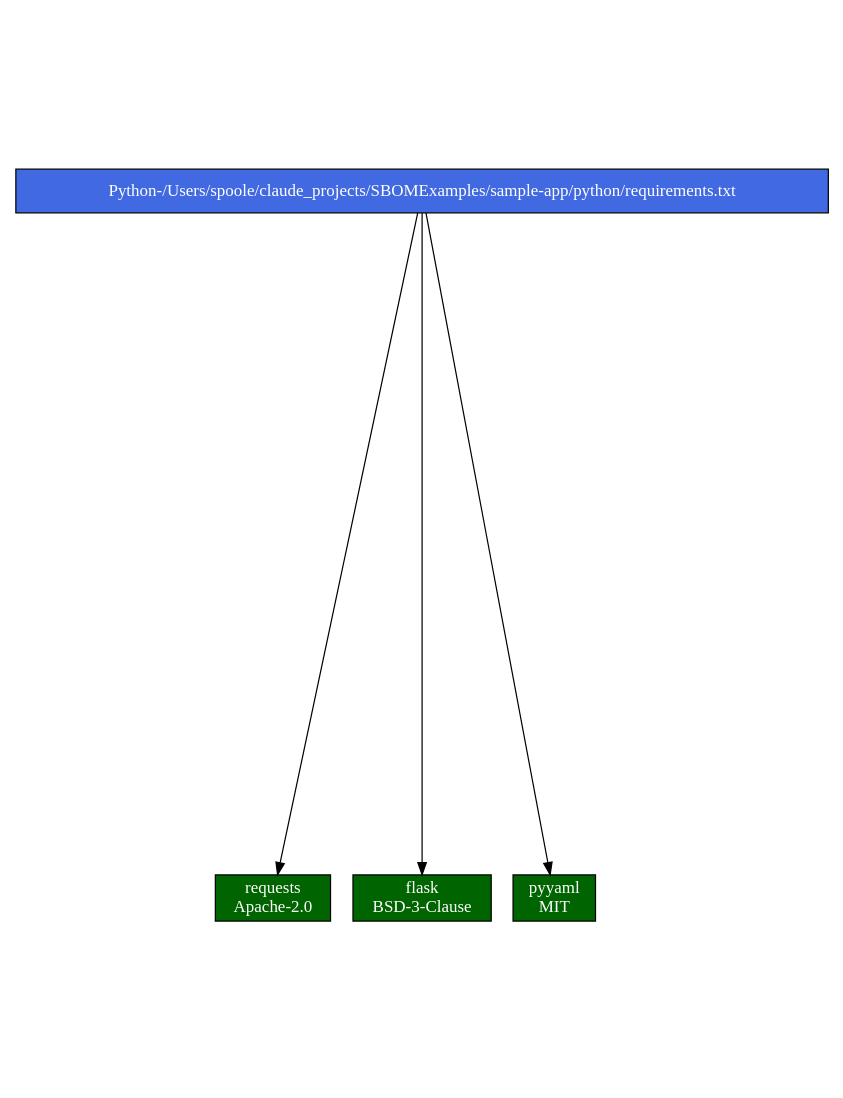
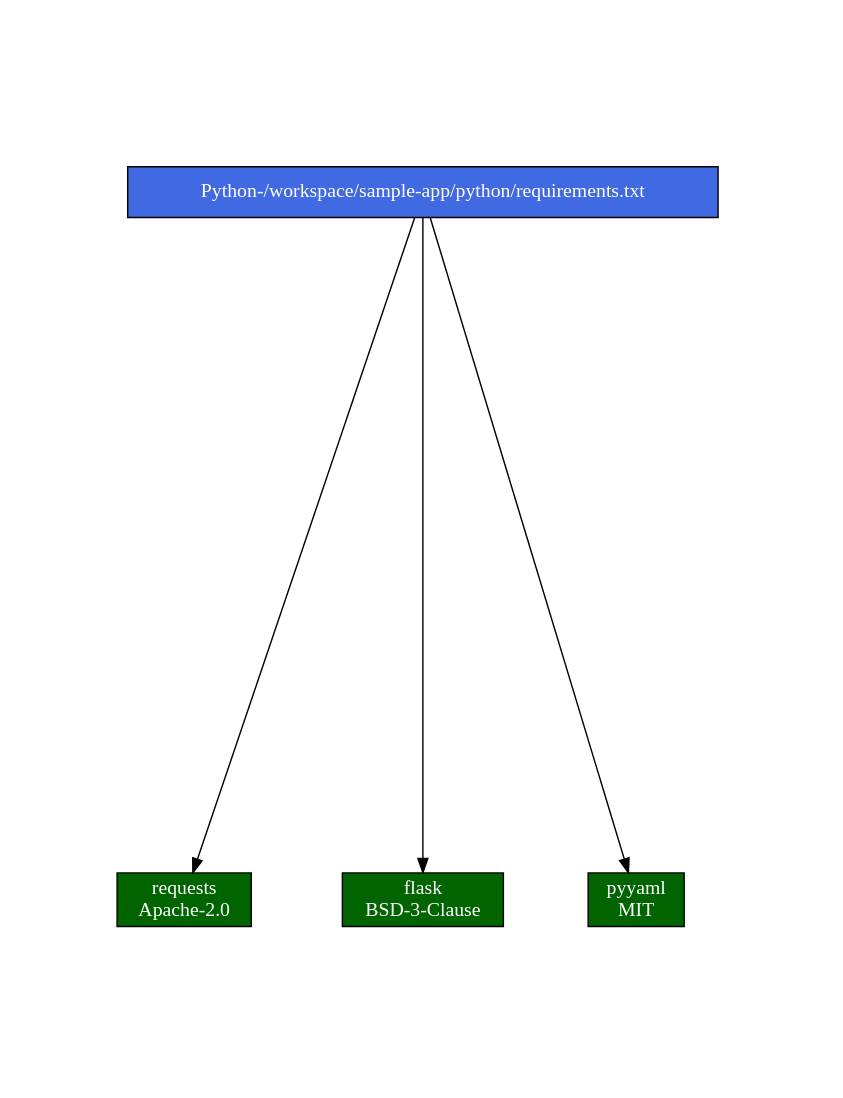
One commit to noregressions/SBOM-Generator-Benchmark changed the diagram in tools/sbom4python/output/python-deps.dot. Above: the diagram before and after it, drawn with Graphviz. The commit also changed 62 other files, not shown here.

```diff
--- a/tools/sbom4python/output/python-deps.dot
+++ b/tools/sbom4python/output/python-deps.dot
@@ -1,13 +1,13 @@
 strict digraph sbom {
 	size="8,10.5"; ratio=fill;
-	"Python-/Users/spoole/claude_projects/SBOMExamples/sample-app/python/requirements.txt" [shape=box, style=filled, fontcolor=white, fillcolor=royalblue label="Python-/Users/spoole/claude_projects/SBOMExamples/sample-app/python/requirements.txt"];
+	"Python-/workspace/sample-app/python/requirements.txt" [shape=box, style=filled, fontcolor=white, fillcolor=royalblue label="Python-/workspace/sample-app/python/requirements.txt"];
 	"requests" [shape=box, style=filled, fontcolor=white, fillcolor=darkgreen label="requests
 Apache-2.0"];
-	"Python-/Users/spoole/claude_projects/SBOMExamples/sample-app/python/requirements.txt" -> "requests";
+	"Python-/workspace/sample-app/python/requirements.txt" -> "requests";
 	"flask" [shape=box, style=filled, fontcolor=white, fillcolor=darkgreen label="flask
 BSD-3-Clause"];
-	"Python-/Users/spoole/claude_projects/SBOMExamples/sample-app/python/requirements.txt" -> "flask";
+	"Python-/workspace/sample-app/python/requirements.txt" -> "flask";
 	"pyyaml" [shape=box, style=filled, fontcolor=white, fillcolor=darkgreen label="pyyaml
 MIT"];
-	"Python-/Users/spoole/claude_projects/SBOMExamples/sample-app/python/requirements.txt" -> "pyyaml";
+	"Python-/workspace/sample-app/python/requirements.txt" -> "pyyaml";
 }
```
